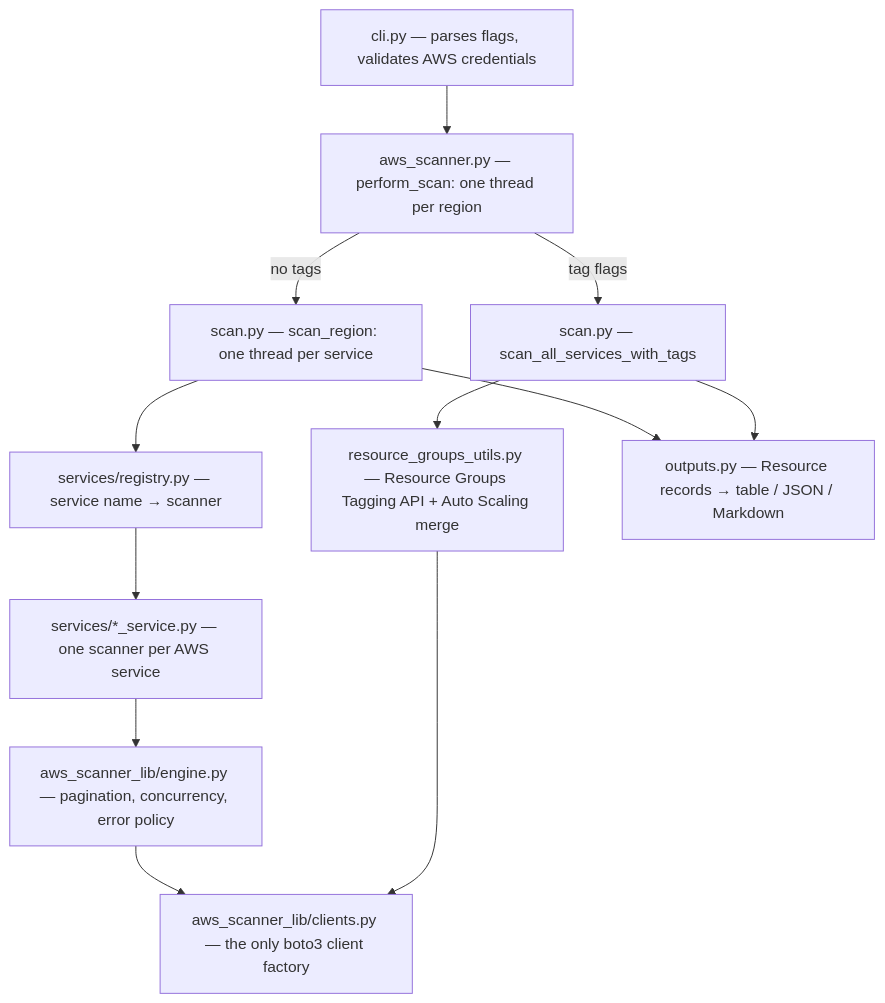
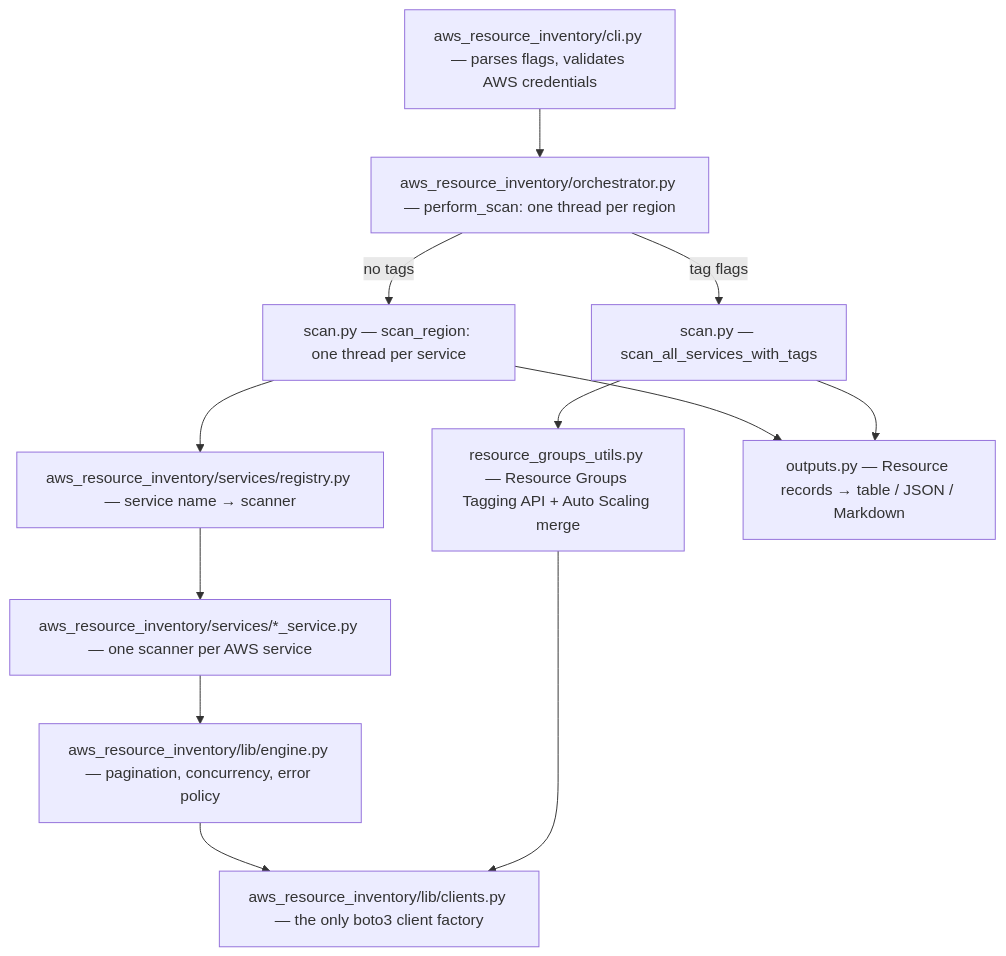
Before and after one commit to ishuar/aws-resource-scanner: the diagram in docs/Architecture.md, drawn with Mermaid. The commit also changed other lines of this file and 50 other files, not shown here.

First line of the commit message:
refactor: everything ships inside one aws_resource_inventory package (#47)

````diff
--- a/docs/Architecture.md
+++ b/docs/Architecture.md
@@ -8,14 +8,14 @@
 ```mermaid
 flowchart TD
-    CLI["cli.py — parses flags, validates AWS credentials"] --> P["aws_scanner.py — perform_scan: one thread per region"]
+    CLI["aws_resource_inventory/cli.py — parses flags, validates AWS credentials"] --> P["aws_resource_inventory/orchestrator.py — perform_scan: one thread per region"]
     P -->|no tags| R["scan.py — scan_region: one thread per service"]
     P -->|tag flags| T["scan.py — scan_all_services_with_tags"]
-    R --> REG["services/registry.py — service name → scanner"]
-    REG --> SVC["services/*_service.py — one scanner per AWS service"]
+    R --> REG["aws_resource_inventory/services/registry.py — service name → scanner"]
+    REG --> SVC["aws_resource_inventory/services/*_service.py — one scanner per AWS service"]
     T --> RG["resource_groups_utils.py — Resource Groups Tagging API + Auto Scaling merge"]
-    SVC --> ENG["aws_scanner_lib/engine.py — pagination, concurrency, error policy"]
-    ENG --> CL["aws_scanner_lib/clients.py — the only boto3 client factory"]
+    SVC --> ENG["aws_resource_inventory/lib/engine.py — pagination, concurrency, error policy"]
+    ENG --> CL["aws_resource_inventory/lib/clients.py — the only boto3 client factory"]
     RG --> CL
     R --> OUT["outputs.py — Resource records → table / JSON / Markdown"]
     T --> OUT
 ```
````
